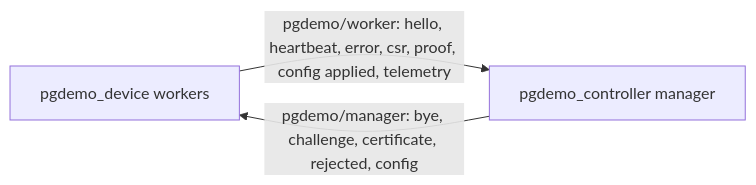
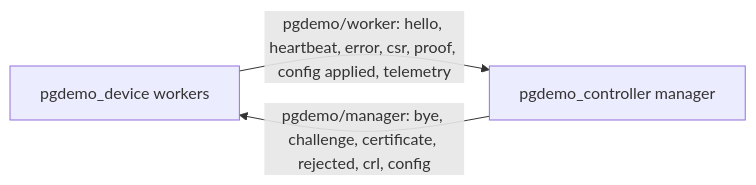
Before and after one commit to jgmatu/postgresql: the diagram in msgs/README.md, drawn with Mermaid. The commit also changed other lines of this file and 10 other files, not shown here.

First line of the commit message:
Describe SROS2 as the factory admission and the manager CRL as a ROS topic.

````diff
--- a/msgs/README.md
+++ b/msgs/README.md
@@ -9,7 +9,7 @@
 ```mermaid
 flowchart LR
     workers[pgdemo_device workers]
     manager[pgdemo_controller manager]
     workers -->|"pgdemo/worker: hello, heartbeat, error, csr, proof, config applied, telemetry"| manager
-    manager -->|"pgdemo/manager: bye, challenge, certificate, rejected, config"| workers
+    manager -->|"pgdemo/manager: bye, challenge, certificate, rejected, crl, config"| workers
 ```
````
